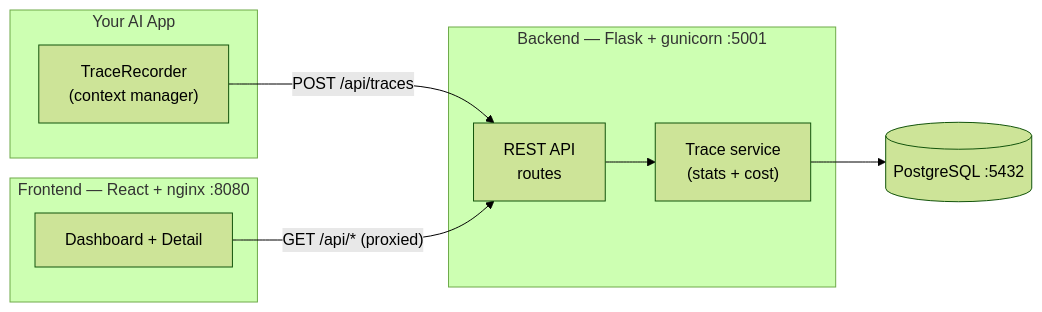
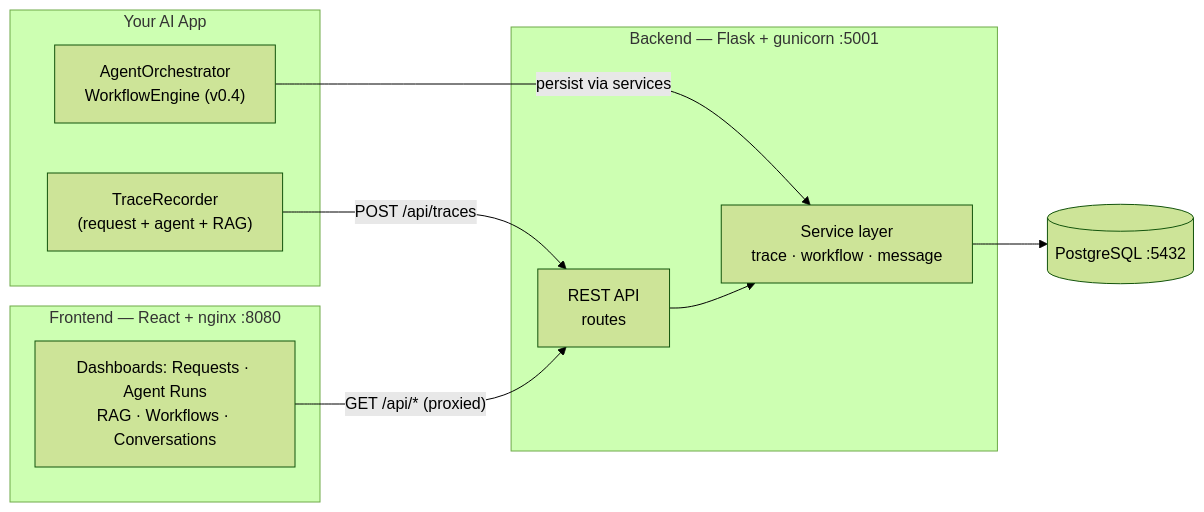
The diagram in README.md (AarohiSharma5/AgentScope), drawn with Mermaid (forest theme) before and after one commit. The commit also changed other lines of this file and 10 other files, not shown here.

````diff
--- a/README.md
+++ b/README.md
@@ -55,22 +56,24 @@
 ```mermaid
 flowchart LR
     subgraph App["Your AI App"]
-        TR["TraceRecorder<br/>(context manager)"]
+        TR["TraceRecorder<br/>(request + agent + RAG)"]
+        ORC["AgentOrchestrator<br/>WorkflowEngine (v0.4)"]
     end
 
     subgraph FE["Frontend — React + nginx :8080"]
-        UI["Dashboard + Detail"]
+        UI["Dashboards: Requests · Agent Runs<br/>RAG · Workflows · Conversations"]
     end
 
     subgraph BE["Backend — Flask + gunicorn :5001"]
         API["REST API<br/>routes"]
-        SVC["Trace service<br/>(stats + cost)"]
+        SVC["Service layer<br/>trace · workflow · message"]
     end
 
     DB[("PostgreSQL :5432")]
 
     TR -->|"POST /api/traces"| API
+    ORC -->|"persist via services"| SVC
     UI -->|"GET /api/* (proxied)"| API
     API --> SVC
     SVC --> DB
 ```
````
